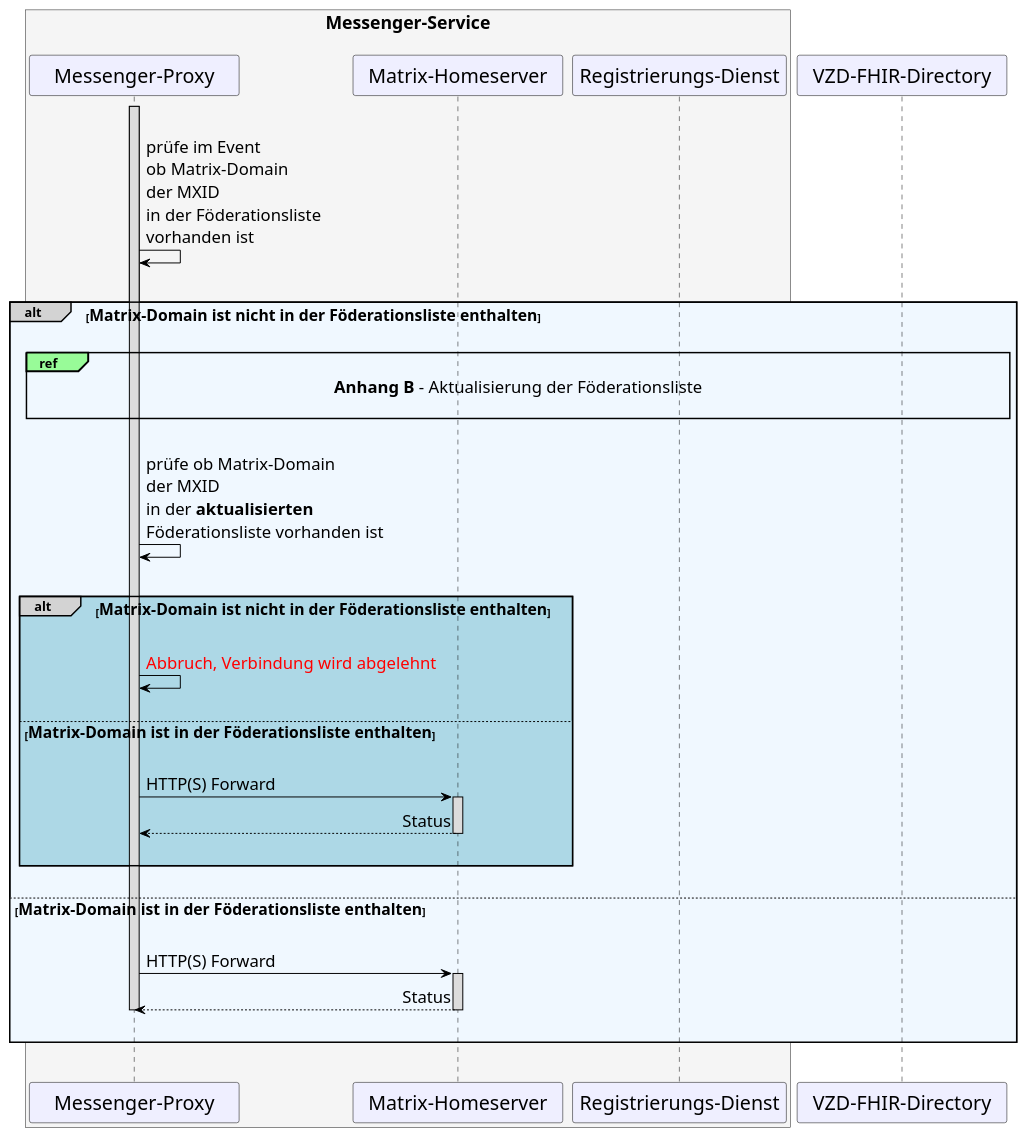
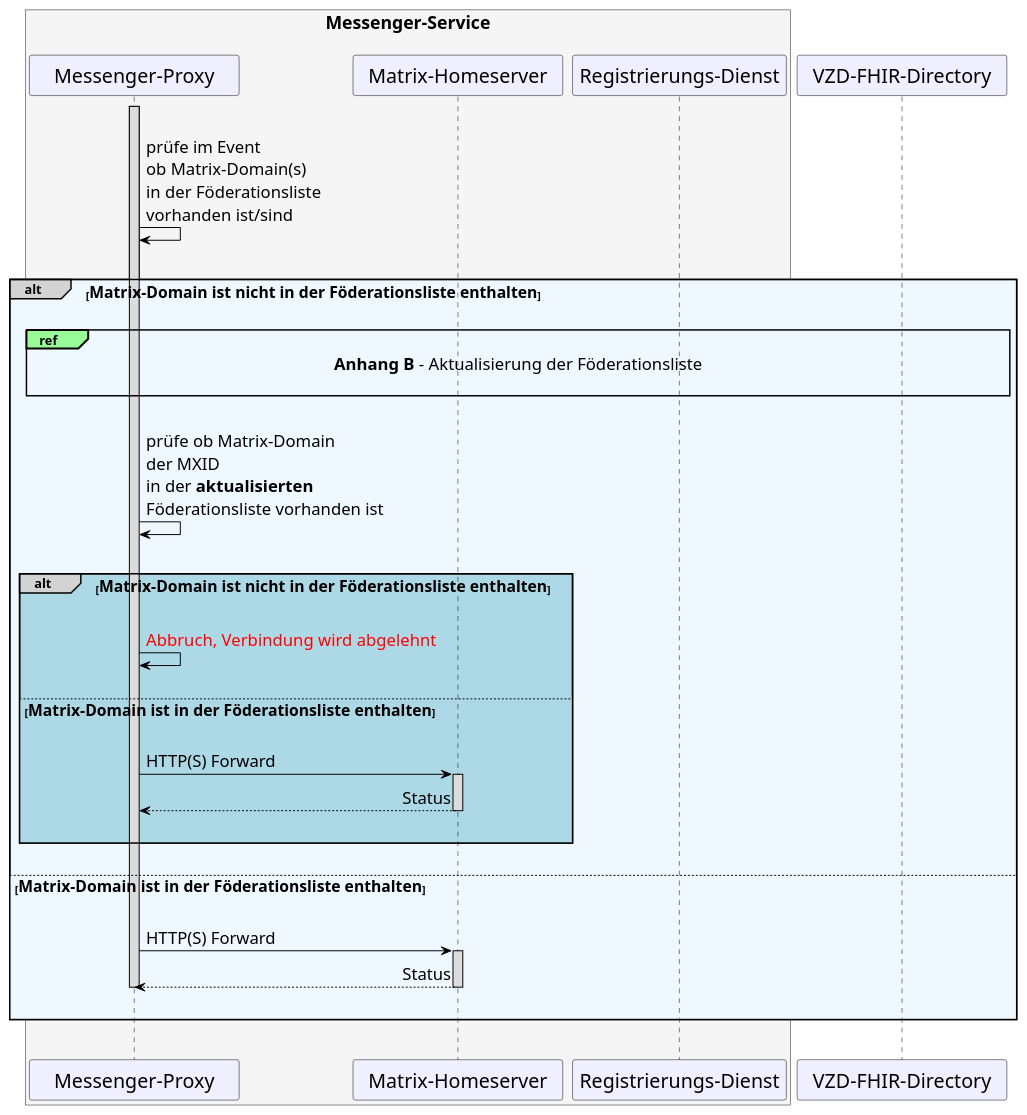
One commit to gematik/api-ti-messenger changed the diagram in src/plantuml/TI-Messenger-Dienst/Ressourcen/UC_10064_Seq.puml. Above: the diagram before and after it, drawn with PlantUML.

```diff
--- a/src/plantuml/TI-Messenger-Dienst/Ressourcen/UC_10064_Seq.puml
+++ b/src/plantuml/TI-Messenger-Dienst/Ressourcen/UC_10064_Seq.puml
@@ -9,73 +9,73 @@
 @startuml
 skinparam sequenceMessageAlign direction
 skinparam minClassWidth 200
 skinparam BoxPadding 1
 skinparam sequenceReferenceHeaderBackgroundColor palegreen
 scale max 2048 width
 
 skinparam sequence {
 ArrowColor black
 ArrowFontSize 17
 ActorBorderColor black
 LifeLineBorderColor black
 LifeLineBackgroundColor Gainsboro
 
 ParticipantBorderColor Motivation
 ParticipantBackgroundColor Motivation
 ParticipantFontName Impact
 ParticipantFontSize 20
 ParticipantFontColor black
 ParticipantBorderColor Black
 ParticipantBackgroundColor MOTIVATION
 
 ActorBackgroundColor Gainsboro
 ActorFontColor black
 ActorFontSize 20
 ActorFontName Aapex
 }
     box <size:18>Messenger-Service\n#WhiteSmoke
     participant MP as "Messenger-Proxy"
     participant MH as "Matrix-Homeserver"
     participant RD as "Registrierungs-Dienst"
     end box
     participant VZD as "VZD-FHIR-Directory"
 
 |||
     Activate MP
-  MP->MP: prüfe im Event\nob Matrix-Domain \nder MXID \nin der Föderationsliste \nvorhanden ist
+  MP->MP: prüfe im Event\nob Matrix-Domain(s) \nin der Föderationsliste \nvorhanden ist/sind
 
 |||
 alt#LightGrey #AliceBlue <size:16>Matrix-Domain ist nicht in der Föderationsliste enthalten</size>
 |||  
 
   ref over MP, VZD: <size:17>**Anhang B** - Aktualisierung der Föderationsliste</size>\n 
   |||
   MP->MP: prüfe ob Matrix-Domain \nder MXID \nin der **aktualisierten** \nFöderationsliste vorhanden ist
   |||
 
     alt#LightGrey #LightBlue <size:16>Matrix-Domain ist nicht in der Föderationsliste enthalten</size>
       |||
       MP->MP: <font color=red>Abbruch, Verbindung wird abgelehnt</font>
       ||| 
       else <size:16>Matrix-Domain ist in der Föderationsliste enthalten</size>
       |||
          MP->MH: HTTP(S) Forward
           Activate MH
         MH-->MP: Status
           Deactivate MH
       |||
     end
 
   |||
   else <size:16>Matrix-Domain ist in der Föderationsliste enthalten</size>
     ||| 
     MP->MH: HTTP(S) Forward
       Activate MH
     MH-->MP: Status
       Deactivate MH
       Deactivate MP
     ||| 
 
 end
 |||
 @enduml
```
